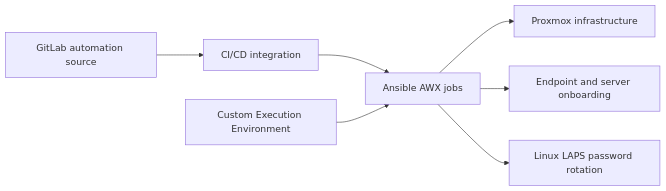
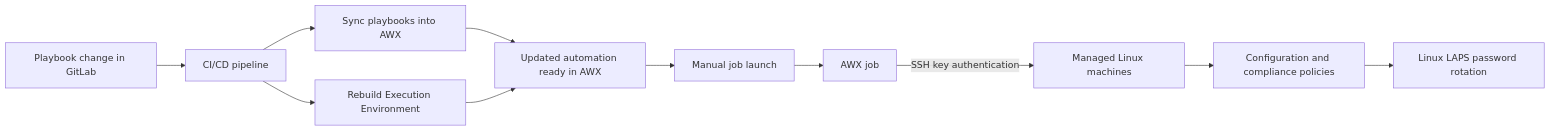
Before and after one commit to bpf00010/bpf00010.github.io: the diagram in docs/engineering/awx-orchestration.md, drawn with Mermaid. The commit also changed other lines of this file and 8 other files, not shown here.

````diff
--- a/docs/engineering/awx-orchestration.md
+++ b/docs/engineering/awx-orchestration.md
@@ -10,9 +9,13 @@
 ```mermaid
 flowchart LR
-    A[GitLab automation source] --> B[CI/CD integration]
-    B --> C[Ansible AWX jobs]
-    D[Custom Execution Environment] --> C
-    C --> E[Proxmox infrastructure]
-    C --> F[Endpoint and server onboarding]
-    C --> G[Linux LAPS password rotation]
+    G[Playbook change in GitLab] --> P[CI/CD pipeline]
+    P --> S[Sync playbooks into AWX]
+    P --> E[Rebuild Execution Environment]
+    S --> R[Updated automation ready in AWX]
+    E --> R
+    R --> H[Manual job launch]
+    H --> A[AWX job]
+    A -->|SSH key authentication| M[Managed Linux machines]
+    M --> C[Configuration and compliance policies]
+    C --> L[Linux LAPS password rotation]
 ```
````
